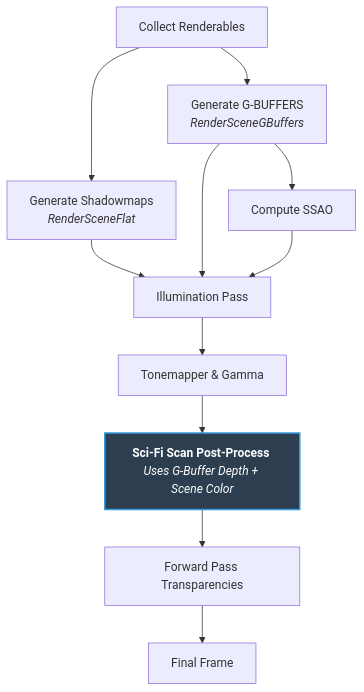
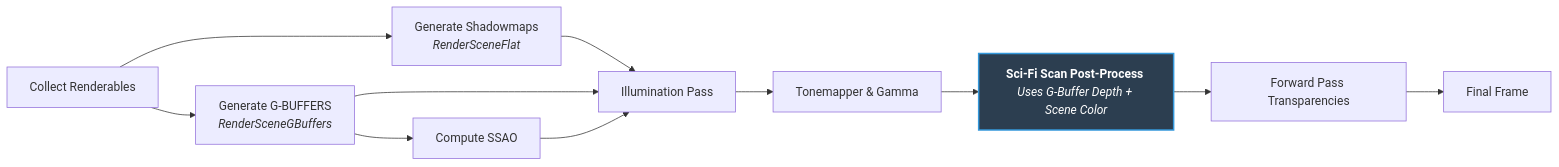
One commit to joorgecamacho/GTRFrameworkStudent changed the diagram in READMES/scifi_scan_report.md. Above: the diagram before and after it, drawn with Mermaid. The commit also changed other lines of this file and 8 other files, not shown here.

````diff
--- a/READMES/scifi_scan_report.md
+++ b/READMES/scifi_scan_report.md
@@ -24,15 +24,15 @@
 ```mermaid
-graph TD
+graph LR
     A[Collect Renderables] --> B1[Generate Shadowmaps <br/><i>RenderSceneFlat</i>]
     A --> B2[Generate G-BUFFERS <br/><i>RenderSceneGBuffers</i>]
     B2 --> C[Compute SSAO]
     B1 --> D[Illumination Pass]
     B2 --> D
     C --> D
     D --> E[Tonemapper & Gamma]
     E --> F[<b>Sci-Fi Scan Post-Process</b> <br/><i>Uses G-Buffer Depth + Scene Color</i>]
     F --> G[Forward Pass Transparencies]
     G --> H[Final Frame]
     
     style F fill:#2c3e50,stroke:#3498db,stroke-width:2px,color:#fff
 ```
````
